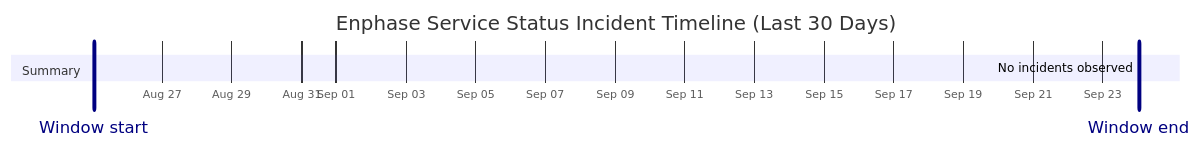
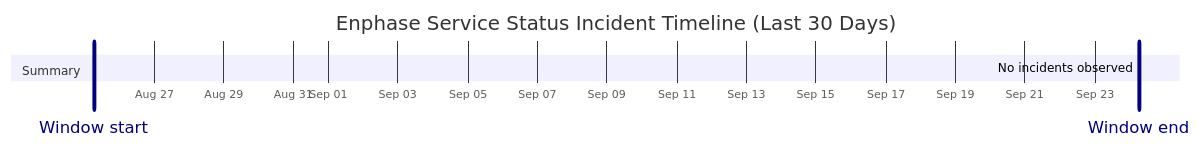
Before and after one commit to barneyonline/ha-enphase-energy: the diagram in wiki/Service-Status-History.md, drawn with Mermaid. The commit also changed other lines of this file and 3 other files, not shown here.

````diff
--- a/wiki/Service-Status-History.md
+++ b/wiki/Service-Status-History.md
@@ -14,10 +14,10 @@
 ```mermaid
 gantt
     title Enphase Service Status Incident Timeline (Last 30 Days)
     dateFormat  YYYY-MM-DDTHH:mm:ss
     axisFormat  %b %d
-    Window start :vert, window-start, 2026-08-25T01:05:17, 0ms
-    Window end :vert, window-end, 2026-09-24T01:05:17, 0ms
+    Window start :vert, window-start, 2026-08-25T06:28:38, 0ms
+    Window end :vert, window-end, 2026-09-24T06:28:38, 0ms
     section Summary
-    No incidents observed :done, 2026-09-24T01:05:17, 1m
+    No incidents observed :done, 2026-09-24T06:28:38, 1m
 ```
````
